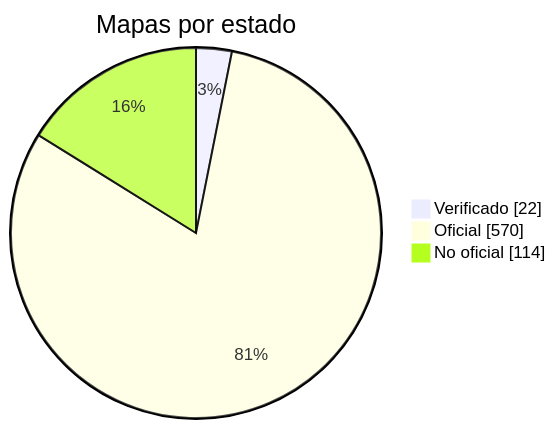
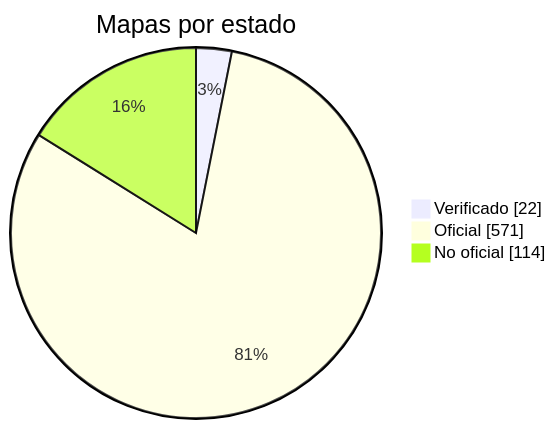
One commit to nobrega8/mbmap-library changed the diagram in docs/readme/README_ES.md. Above: the diagram before and after it, drawn with Mermaid. The commit also changed 6 other files, not shown here.

````diff
--- a/docs/readme/README_ES.md
+++ b/docs/readme/README_ES.md
@@ -54,7 +54,7 @@
 ```mermaid
 pie showData
     title Mapas por estado
     "Verificado" : 22
-    "Oficial" : 570
+    "Oficial" : 571
     "No oficial" : 114
 ```
````
